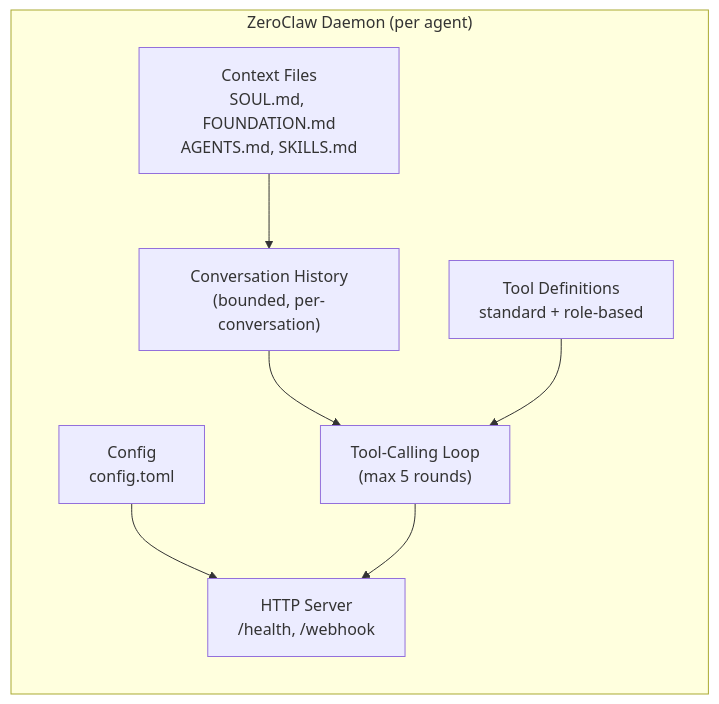
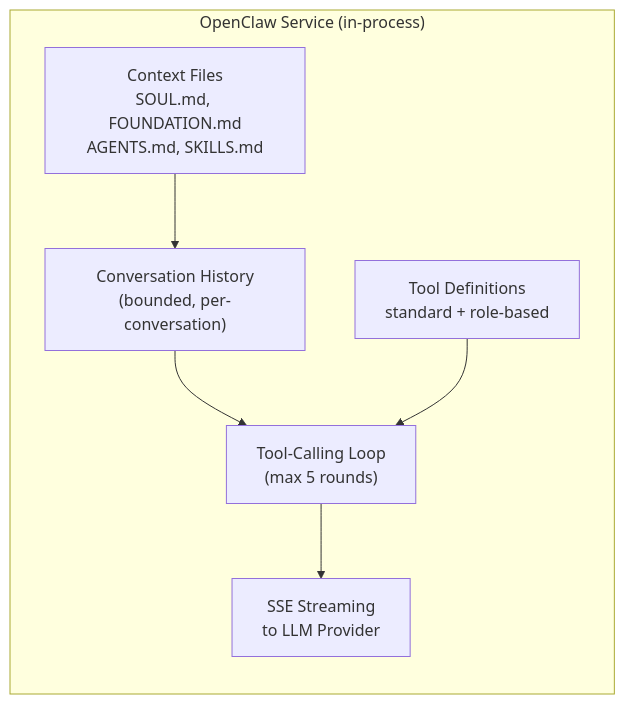
Before and after one commit to pde-rent/monokeros: the third of 7 diagrams in docs/architecture/inspirations.md, drawn with Mermaid. The commit also changed other lines of this file and 31 other files, not shown here.

First line of the commit message:
feat: rewrite docs for OpenClaw, add acceptance criteria and artifact models

````diff
--- a/docs/architecture/inspirations.md
+++ b/docs/architecture/inspirations.md
@@ -174,19 +162,16 @@
 ```mermaid
 graph TB
-    subgraph Daemon["ZeroClaw Daemon (per agent)"]
+    subgraph Service["OpenClaw Service (in-process)"]
         direction TB
-        CFG["Config<br/>config.toml"]
         CTX["Context Files<br/>SOUL.md, FOUNDATION.md<br/>AGENTS.md, SKILLS.md"]
         HIST["Conversation History<br/>(bounded, per-conversation)"]
         TOOLS["Tool Definitions<br/>standard + role-based"]
         LOOP["Tool-Calling Loop<br/>(max 5 rounds)"]
-        HTTP["HTTP Server<br/>/health, /webhook"]
+        SSE["SSE Streaming<br/>to LLM Provider"]
     end
 
-    CFG --> HTTP
     CTX --> HIST
     HIST --> LOOP
     TOOLS --> LOOP
-    LOOP --> HTTP
-
+    LOOP --> SSE
 ```
````
